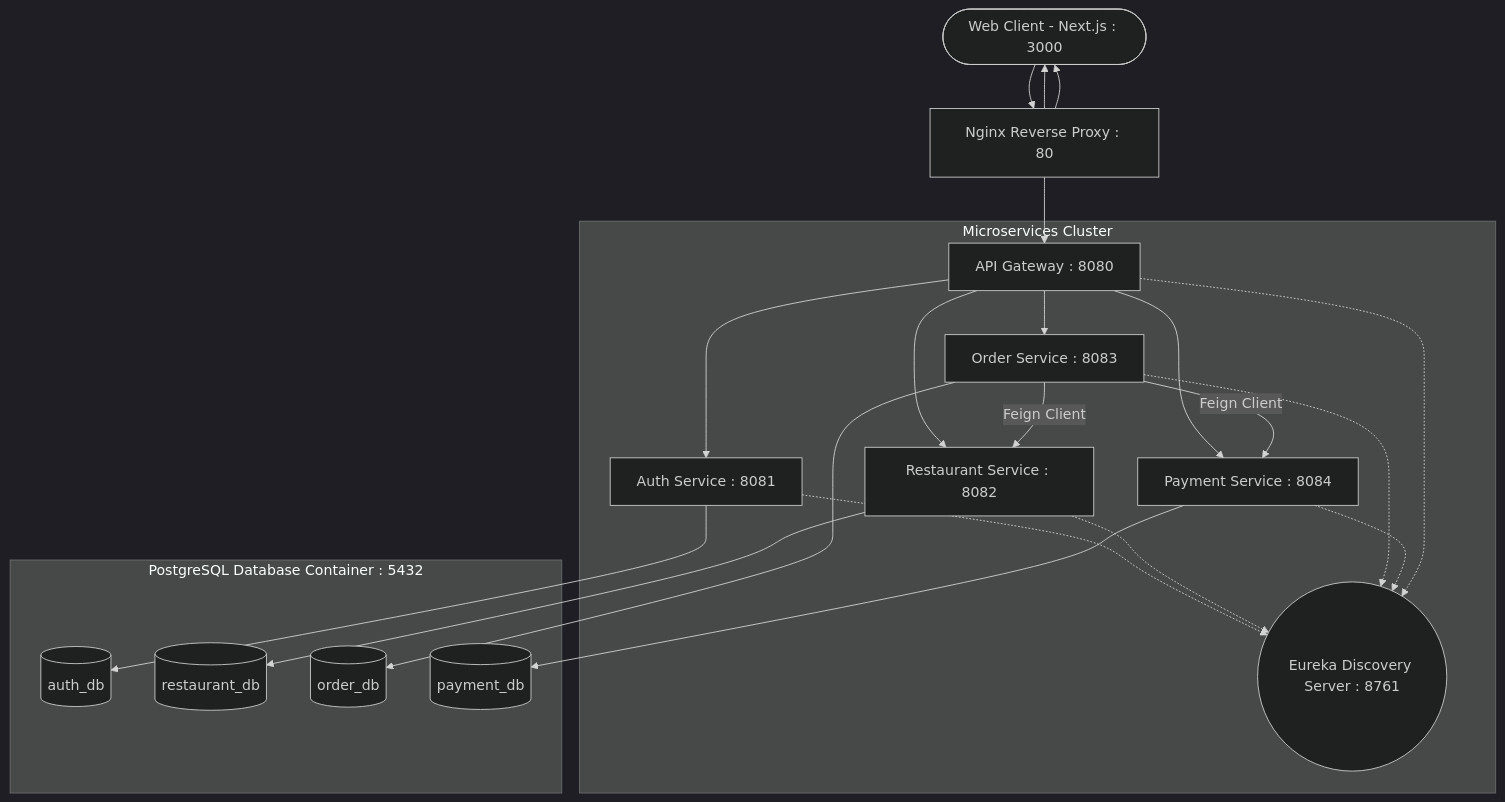
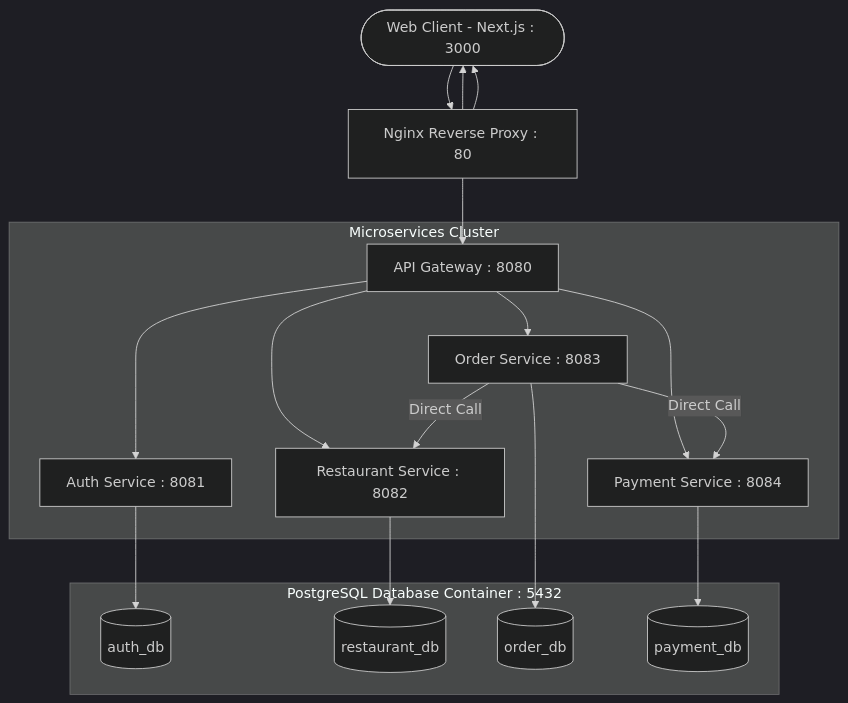
Before and after one commit to tejasc1067/food-delivery-microservices: the diagram in README.md, drawn with Mermaid (dark theme). The commit also changed other lines of this file, not shown here.

````diff
--- a/README.md
+++ b/README.md
@@ -9,30 +9,24 @@
 ```mermaid
 graph TD;
     Client([Web Client - Next.js : 3000]) --> Nginx[Nginx Reverse Proxy : 80];
     Nginx --> Client;
     Nginx --> Gateway[API Gateway : 8080];
     Nginx --> Client;
     
     subgraph Microservices Cluster
         Gateway --> Auth[Auth Service : 8081];
         Gateway --> Rest[Restaurant Service : 8082];
         Gateway --> Order[Order Service : 8083];
         Gateway --> Pay[Payment Service : 8084];
         
-        Auth -.-> Eureka((Eureka Discovery Server : 8761));
-        Rest -.-> Eureka;
-        Order -.-> Eureka;
-        Pay -.-> Eureka;
-        Gateway -.-> Eureka;
-        
-        Order -- "Feign Client" --> Rest;
-        Order -- "Feign Client" --> Pay;
+        Order -- "Direct Call" --> Rest;
+        Order -- "Direct Call" --> Pay;
     end
     
     subgraph PostgreSQL Database Container : 5432
         Auth --> AuthDB[(auth_db)];
         Rest --> RestDB[(restaurant_db)];
         Order --> OrderDB[(order_db)];
         Pay --> PayDB[(payment_db)];
     end
 ```
````
